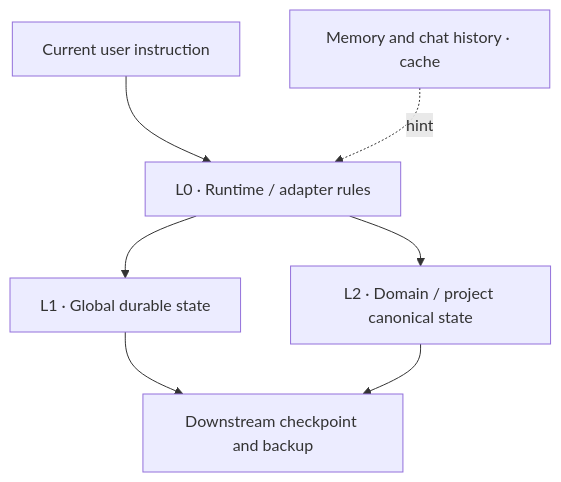
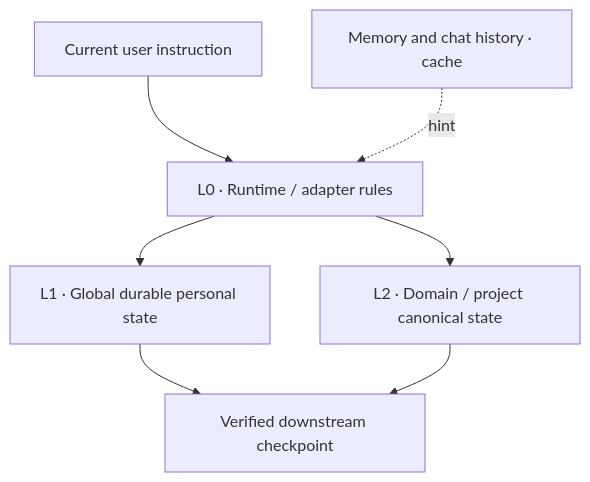
Before and after one commit to focaxisdev/src_you: the diagram in README.md, drawn with Mermaid. The commit also changed other lines of this file and 14 other files, not shown here.

````diff
--- a/README.md
+++ b/README.md
@@ -56,9 +55,9 @@
 ```mermaid
 flowchart TD
     U["Current user instruction"] --> R["L0 · Runtime / adapter rules"]
     M["Memory and chat history · cache"] -. hint .-> R
-    R --> G["L1 · Global durable state"]
+    R --> G["L1 · Global durable personal state"]
     R --> P["L2 · Domain / project canonical state"]
-    G --> C["Downstream checkpoint and backup"]
+    G --> C["Verified downstream checkpoint"]
     P --> C
 ```
````
